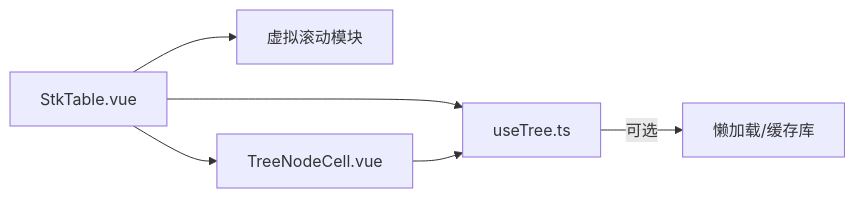
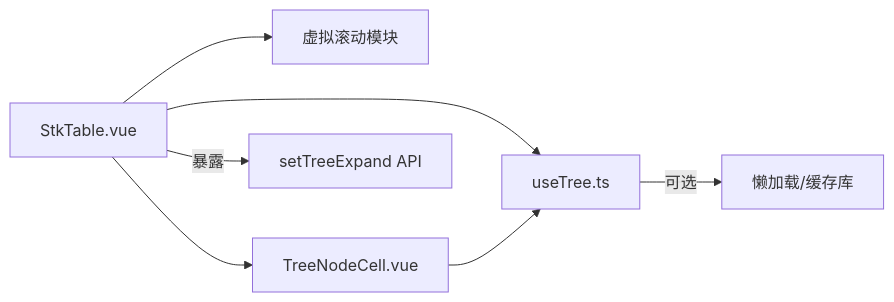
The sixth of 6 diagrams in .qoder/repowiki/zh/content/高级功能/树形数据.md (ja-plus/stk-table-vue), drawn with Mermaid before and after one commit. The commit also changed other lines of this file and 6 other files, not shown here.

Commit message:
fix: `setTreeExpand` &  setRowExpand` number rowKey

````diff
--- a/.qoder/repowiki/zh/content/高级功能/树形数据.md
+++ b/.qoder/repowiki/zh/content/高级功能/树形数据.md
@@ -258,8 +284,9 @@
 ```mermaid
 graph LR
 ST["StkTable.vue"] --> UT["useTree.ts"]
 ST --> VT["虚拟滚动模块"]
 ST --> TC["TreeNodeCell.vue"]
 TC --> UT
 UT --> |可选| LL["懒加载/缓存库"]
+ST --> |暴露| API["setTreeExpand API"]
 ```
````
